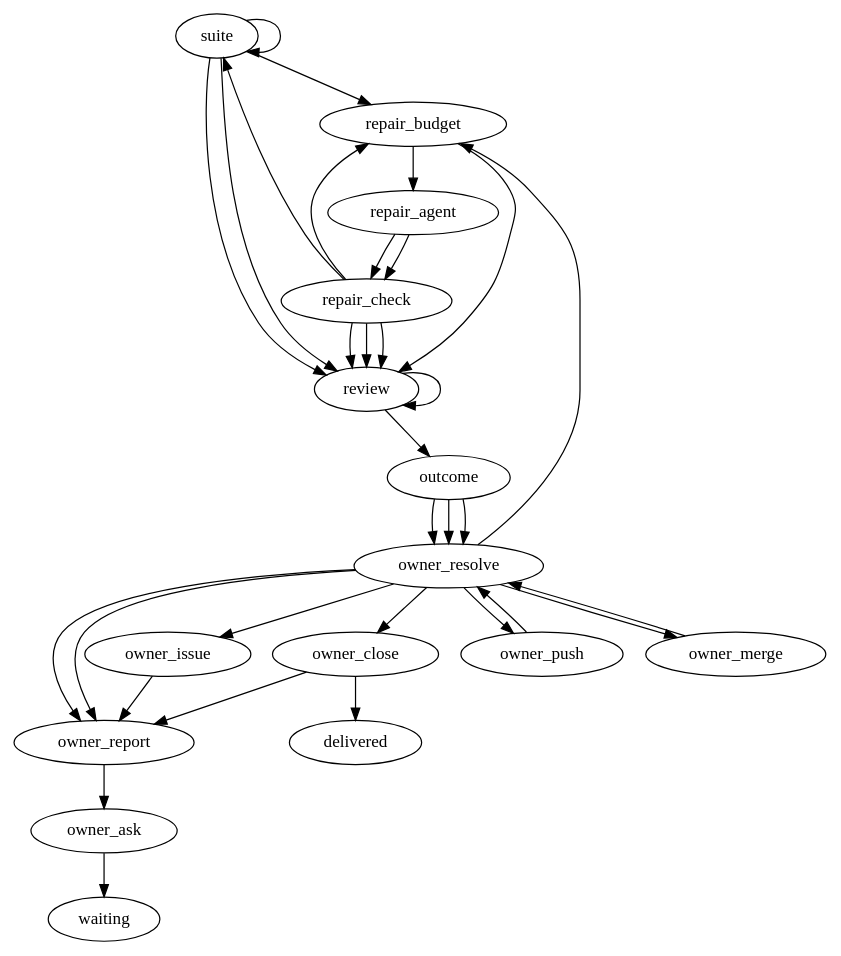
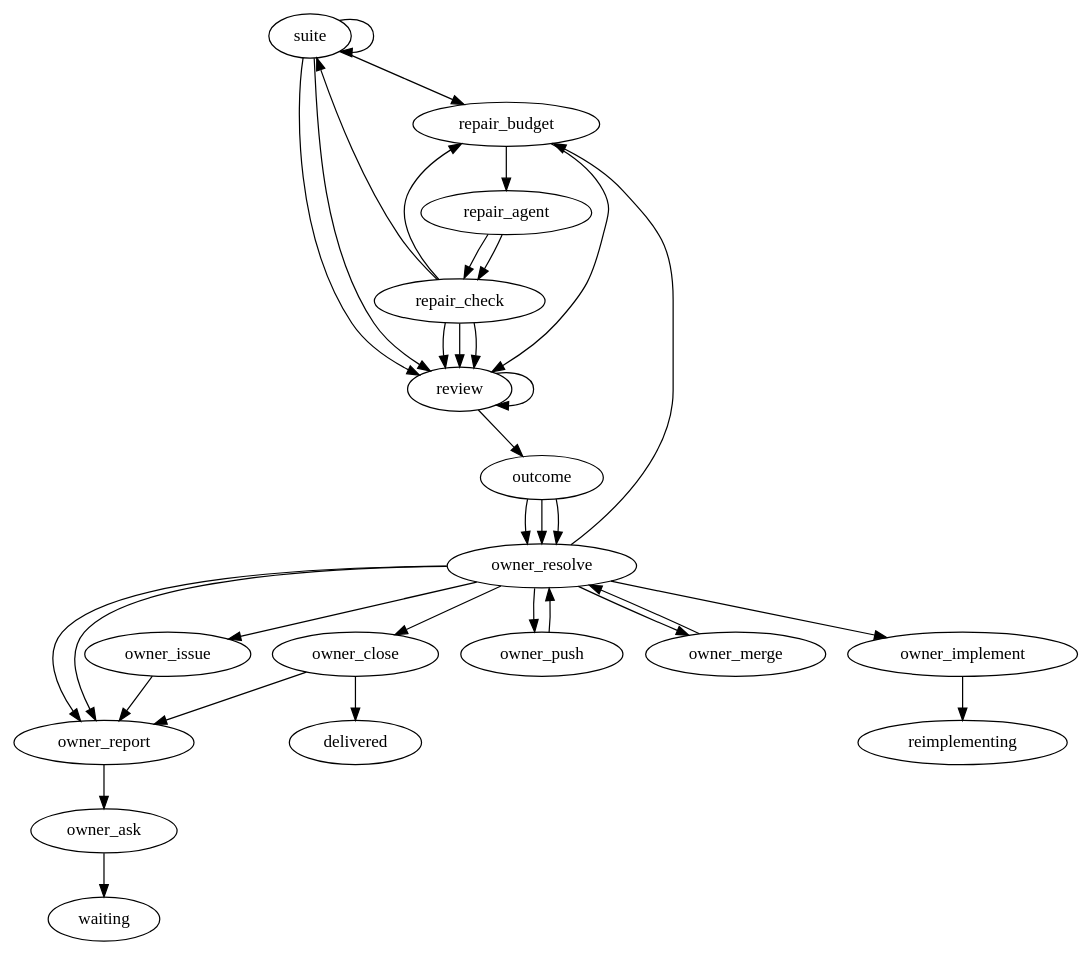
The diagram in teams/source/dotnet-web/validate/validate.dot (marioatcloudvane/litefactory), drawn with Graphviz before and after one commit. The commit also changed 261 other files, not shown here.

```diff
--- a/teams/source/dotnet-web/validate/validate.dot
+++ b/teams/source/dotnet-web/validate/validate.dot
@@ -1,126 +1,138 @@
 // Validate checks the code a story branch holds. The factory first runs the full
 // suite on one exact commit. A passed suite goes straight to review. A failed
 // suite gets at most two repair rounds from one write-access agent; the factory
 // measures what the agent really changed, keeps a small change as a new commit
 // and runs the suite on it again, and rejects a change over the limits. Three
 // read-only reviewers then assess the final tested commit side by side. The run
 // ends in one of three ends: assessed, handed back to Implement, or blocked.
 //
 // This file is the only place the flow lives. Order, branches, the repair bound,
 // the time budget, the measured limits and the reviewers are all declared here.
 // Go supplies steps; it never picks the next step.
 //
 // After the outcome the owner side begins. The run resolves the owner's reply,
 // refreshes the one report comment and waits for the owner through the existing
 // graph wait; the owner's reply re-enters the resolve step. Every remote effect
 // (follow-up issue, push with pull request, merge, close) is its own step and is
 // reached only from the owner's own command, so one confirmation never implies
 // the next, except the explicit /validate-ship: push and merge return to the
 // resolve step, which carries a ship command on push -> merge -> close until a
 // step fails or delivery ends, and returns to the owner wait after any other
 // command. The run succeeds only after the close step has closed the accepted
 // issues, and the resolve loop is bounded by its lf_limit.
+//
+// The owner may instead send the blocking findings back to Implement with
+// /validate-implement. The implement step reopens every merged story with a
+// blocking finding on the same feature branch, gives each story worker its
+// findings as owner guidance, and starts the parent's Implement coordinator
+// once. The run then ends reimplementing; Validate runs again on the new head
+// when Implement finishes.
 //
 // The owner may choose repair for a finding. Once every blocking finding of the
 // tested commit has a choice, the repair reply starts one repair round for all
 // findings chosen for repair, through the same repair nodes and within the same
 // two-round bound as a failed suite. A kept repair is a new commit, so the suite
 // and the reviewers run again on it; a rejected or spent repair returns to the
 // owner report with its reason. Pending owner checks do not hold the round back.
 //
 // The repair bound is two rounds. Every round is counted from the moment it
 // starts, so a round that times out or is interrupted is used. The time budget
 // is in agent minutes and does not include the time the suite runs. The limits
 // of one repair are the number of files and the kinds of change that are not
 // allowed: package layout, dependencies, schema, public API, a deleted or
 // skipped test and a changed acceptance criterion.
 //
 // Every path to an end passes through review, so a failed or blocked suite still
 // gets static findings. The outcome step decides the end from the recorded
 // facts: a passed suite ends assessed, a suite that still fails ends handed back
 // with what Implement must change, and a suite that could not give a trustworthy
 // answer ends blocked with its reason. Nothing here accepts or approves.
 digraph validate {
  graph [team="dotnet-web", mode="validate", profile_version="1", start="suite"];
 
  // ---- Test the commit ---------------------------------------------------------
  // A finished result for the commit is reused as it is. The suite runs again
  // only on a new commit made by a kept repair.
  suite [lf_action="lf_validate_suite", lf_outcomes="passed,failed,blocked,retry", lf_limit="16"];
 
  // ---- Repair loop (at most two rounds) ---------------------------------------
  repair_budget [lf_action="lf_validate_repair_budget", lf_outcomes="run,spent", lf_rounds="2", lf_suite="suite", lf_limit="6"];
  repair_agent  [lf_action="lf_agent", lf_outcomes="success,failed", lf_agent_markdown="validate-repair", lf_skills="validate-repair-report,dotnet-web-engineering", lf_access="write", lf_budget="15", lf_limit="2"];
  repair_check  [lf_action="lf_validate_repair_check", lf_outcomes="kept,too_big,handback,unfinished,blocked", lf_max_files="3", lf_forbid="package,dependency,schema,api,tests,criteria", lf_source="repair_agent", lf_suite="suite", lf_limit="4"];
 
  // ---- Review the final tested commit (read-only, side by side) ----------------
  review [lf_action="lf_validate_review", lf_outcomes="done,retry", lf_roles="validate-acceptance,validate-code,validate-architecture", lf_skills="validate-review,dotnet-web-engineering", lf_suite="suite", lf_limit="32"];
 
  // ---- Join the findings and record the end -------------------------------------
  // It is reached once for the first end and once more after each owner repair
  // round and after a spent repair budget; on an unchanged commit it reuses the
  // recorded end.
  outcome [lf_action="lf_validate_outcome", lf_outcomes="assessed,handed_back,blocked", lf_suite="suite", lf_limit="4"];
 
  // ---- Owner resolution ----------------------------------------------------------
  // The loop limit is lf_limit on resolve. When it runs out the run stops and
  // nothing is approved, because every effect needs a command inside the loop.
- owner_resolve [lf_action="lf_validate_resolve", lf_outcomes="wait,create_issue,push,merge,close,stale,repair", lf_suite="suite", lf_limit="24"];
+ owner_resolve [lf_action="lf_validate_resolve", lf_outcomes="wait,create_issue,push,merge,close,implement,stale,repair", lf_suite="suite", lf_limit="24"];
  owner_report  [lf_action="lf_validate_report", lf_outcomes="done", lf_limit="64"];
  owner_ask     [lf_action="lf_validate_ask", lf_outcomes="published", lf_source="owner_resolve", lf_limit="32"];
  owner_issue   [lf_action="lf_validate_issue", lf_outcomes="done", lf_limit="24"];
  owner_push    [lf_action="lf_validate_push", lf_outcomes="done", lf_limit="8"];
  owner_merge   [lf_action="lf_validate_merge", lf_outcomes="done", lf_limit="8"];
  owner_close   [lf_action="lf_validate_close", lf_outcomes="closed,open", lf_limit="8"];
+ owner_implement [lf_action="lf_validate_implement", lf_outcomes="started", lf_suite="suite", lf_limit="4"];
 
  // ---- Ends ------------------------------------------------------------------------
- // waiting rests on the owner; delivered is reached only from a closed close.
- waiting   [lf_terminal="true"];
- delivered [lf_terminal="true"];
+ // waiting rests on the owner; delivered is reached only from a closed close;
+ // reimplementing hands the findings back to Implement.
+ waiting        [lf_terminal="true"];
+ delivered      [lf_terminal="true"];
+ reimplementing [lf_terminal="true"];
 
  // A passed suite needs no repair; a blocked one is not a code failure, so it is
  // not repaired either. A failed suite starts a repair round.
  suite -> review        [lf_on="passed"];
  suite -> repair_budget [lf_on="failed"];
  suite -> review        [lf_on="blocked"];
  suite -> suite         [lf_on="retry"];
 
  // One round: start it (this settles any round a restart left behind), run the
  // agent, measure the real change. A kept change is a new commit and is tested
  // again. A change that is too big, a diagnosis that is a handback and a round
  // that cannot be measured go to review. A round that did not finish, such as a
  // timeout, is used up; the budget decides whether another round may start.
  repair_budget -> repair_agent  [lf_on="run"];
  repair_budget -> review        [lf_on="spent"];
  repair_agent  -> repair_check  [lf_on="success"];
  repair_agent  -> repair_check  [lf_on="failed"];
  repair_check  -> suite         [lf_on="kept"];
  repair_check  -> review        [lf_on="too_big"];
  repair_check  -> review        [lf_on="handback"];
  repair_check  -> repair_budget [lf_on="unfinished"];
  repair_check  -> review        [lf_on="blocked"];
 
  review  -> outcome [lf_on="done"];
  review  -> review  [lf_on="retry"];
 
  // Every end goes to the owner: an assessed run asks what to do with the
  // findings, a handed back or blocked one shows why and what is open.
  outcome -> owner_resolve [lf_on="assessed"];
  outcome -> owner_resolve [lf_on="handed_back"];
  outcome -> owner_resolve [lf_on="blocked"];
 
  owner_resolve -> owner_report       [lf_on="wait"];
  owner_resolve -> owner_report       [lf_on="stale"];
  owner_resolve -> owner_issue        [lf_on="create_issue"];
  owner_resolve -> repair_budget      [lf_on="repair"];
  owner_resolve -> owner_push         [lf_on="push"];
  owner_resolve -> owner_merge        [lf_on="merge"];
  owner_resolve -> owner_close        [lf_on="close"];
+ owner_resolve -> owner_implement    [lf_on="implement"];
+ owner_implement -> reimplementing   [lf_on="started"];
  owner_issue -> owner_report       [lf_on="done"];
  owner_push -> owner_resolve      [lf_on="done"];
  owner_merge -> owner_resolve      [lf_on="done"];
  owner_close -> delivered    [lf_on="closed"];
  owner_close -> owner_report       [lf_on="open"];
  owner_report -> owner_ask          [lf_on="done"];
  owner_ask -> waiting      [lf_on="published"];
 }
```
